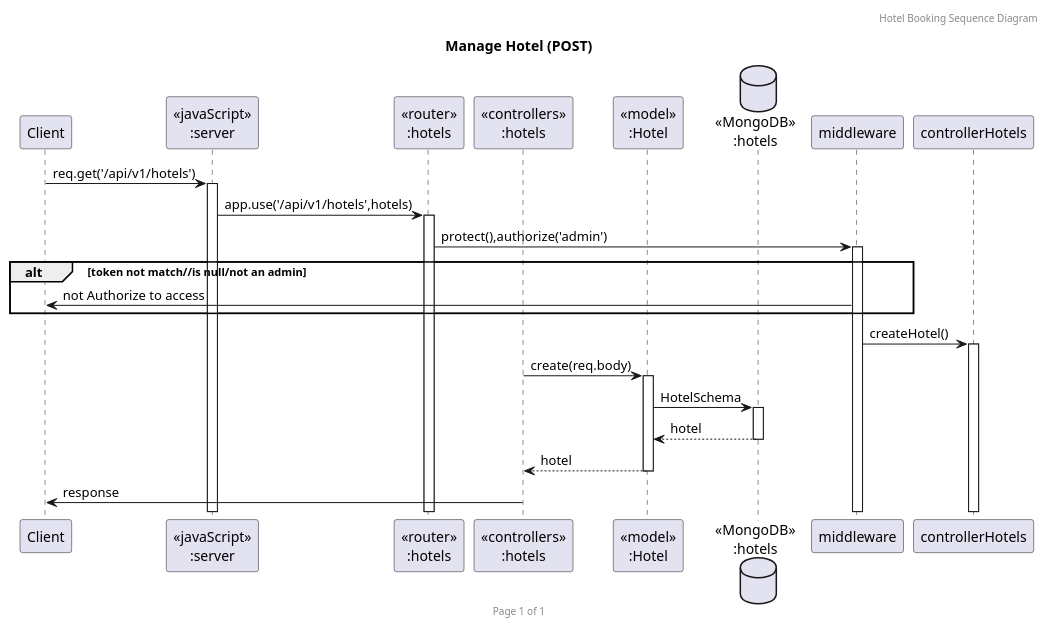
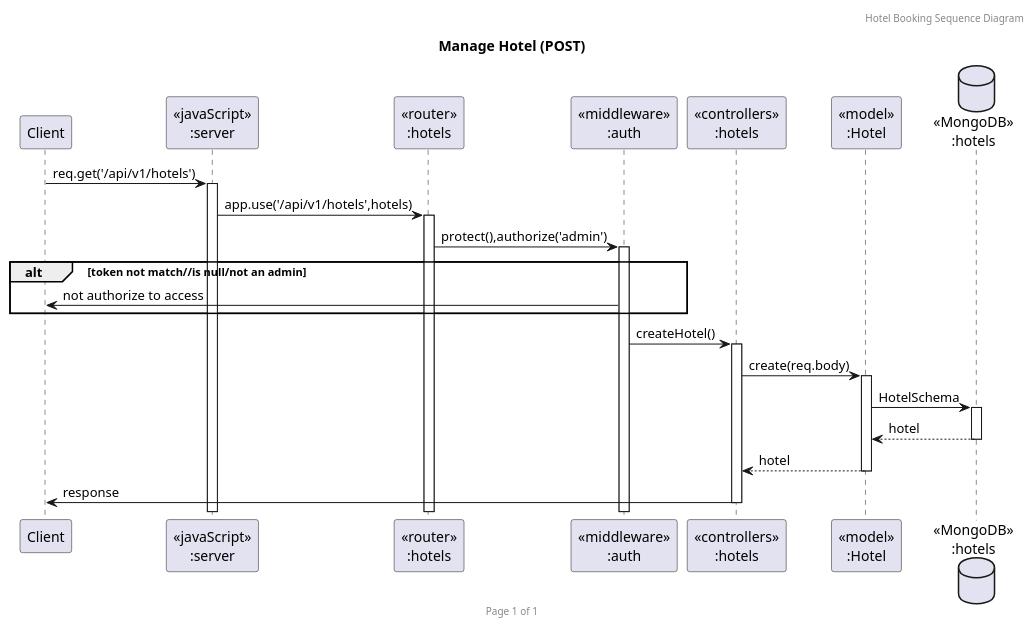
One commit to 2110503TACEDT66/presentation-day-1-drift changed the diagram in Hotel_pumls/postHotel.puml. Above: the diagram before and after it, drawn with PlantUML. The commit also changed 18 other files, not shown here.

```diff
--- a/Hotel_pumls/postHotel.puml
+++ b/Hotel_pumls/postHotel.puml
@@ -1,32 +1,33 @@
 @startuml Manage Hotel (POST)
 
 header Hotel Booking Sequence Diagram
 footer Page %page% of %lastpage%
 title "Manage Hotel (POST)"
 
 participant "Client" as client
 participant "<<javaScript>>\n:server" as server
 participant "<<router>>\n:hotels" as routerHotels
+participant "<<middleware>>\n:auth" as middleware
 participant "<<controllers>>\n:hotels" as controllersHotels
 participant "<<model>>\n:Hotel" as modelHotel
-database "<<MongoDB>>\n:hotels" as HospitalsDatabase
+database "<<MongoDB>>\n:hotels" as HotelsDatabase
 
 client->server ++:req.get('/api/v1/hotels')
 server->routerHotels ++:app.use('/api/v1/hotels',hotels)
 
 routerHotels -> middleware ++: protect(),authorize('admin')
 alt token not match//is null/not an admin
-    client <- middleware : not Authorize to access
+    client <- middleware : not authorize to access
 end
-middleware -> controllerHotels ++:createHotel()
+middleware -> controllersHotels ++:createHotel()
 
 controllersHotels->modelHotel ++:create(req.body)
-modelHotel ->HospitalsDatabase ++: HotelSchema
+modelHotel ->HotelsDatabase ++: HotelSchema
 
 
 
-HospitalsDatabase --> modelHotel --: hotel
+HotelsDatabase --> modelHotel --: hotel
 controllersHotels <-- modelHotel --:hotel
 controllersHotels->client --:response
 
 @enduml
```
